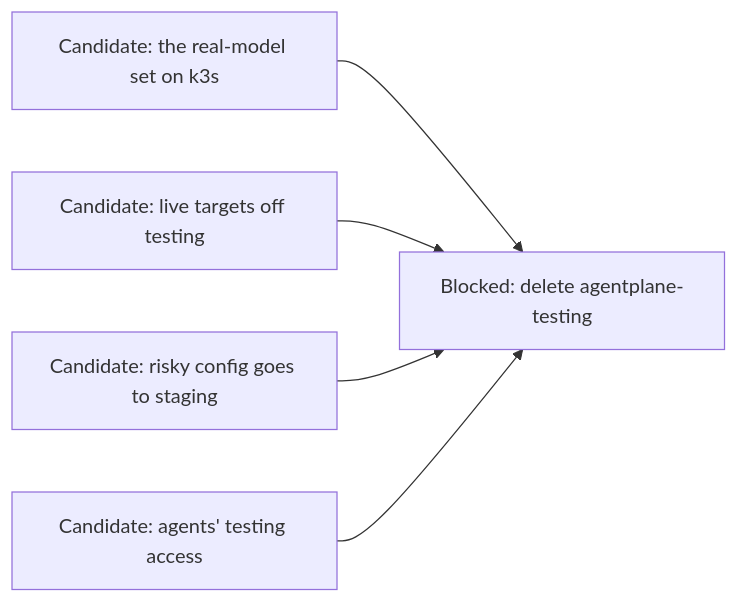
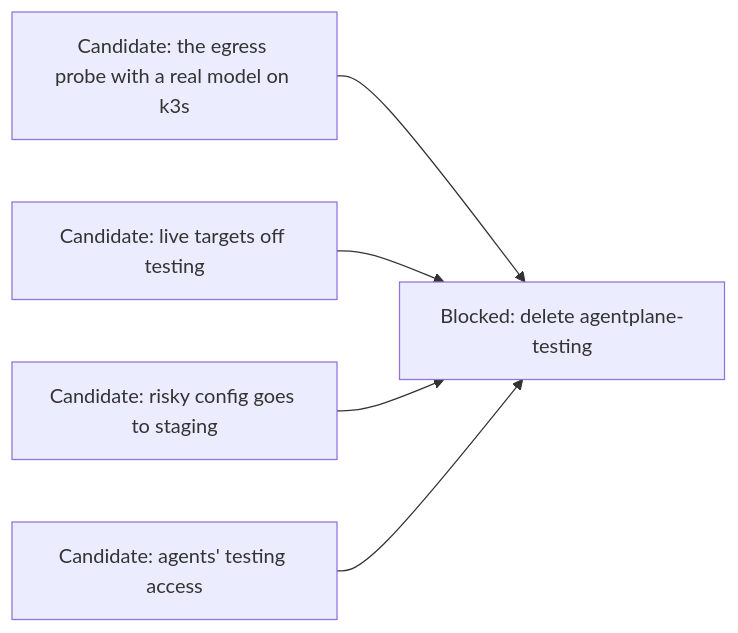
Diagram 18 of 19 in agentplane/plans/task_dag.md (agentydragon-agent/ducktape), drawn with Mermaid before and after one commit. The commit also changed other lines of this file and 13 other files, not shown here.

First line of the commit message:
agentplane: real-model system tests on k3s

````diff
--- a/agentplane/plans/task_dag.md
+++ b/agentplane/plans/task_dag.md
@@ -1932,12 +1932,12 @@
 ```mermaid
 flowchart LR
-    K3S_MODEL_SCENARIOS[Candidate: the real-model set on k3s]
+    K3S_MODEL_SCENARIOS[Candidate: the egress probe with a real model on k3s]
     LIVE_TARGETS_OFF_TESTING[Candidate: live targets off testing]
     STAGING_FIRST_ROLLOUT[Candidate: risky config goes to staging]
     AGENT_TESTING_ACCESS_RETIRE[Candidate: agents' testing access]
     TESTING_ENVIRONMENT_RETIRE[Blocked: delete agentplane-testing]
     K3S_MODEL_SCENARIOS --> TESTING_ENVIRONMENT_RETIRE
     LIVE_TARGETS_OFF_TESTING --> TESTING_ENVIRONMENT_RETIRE
     STAGING_FIRST_ROLLOUT --> TESTING_ENVIRONMENT_RETIRE
     AGENT_TESTING_ACCESS_RETIRE --> TESTING_ENVIRONMENT_RETIRE
 ```
````
